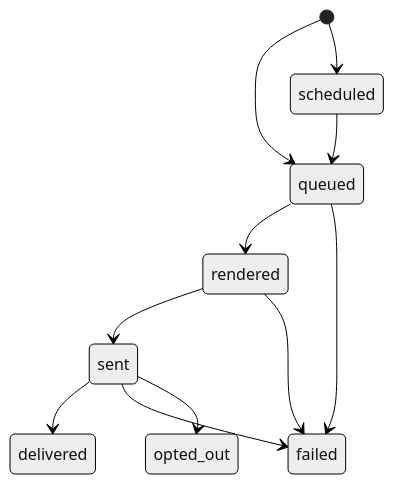
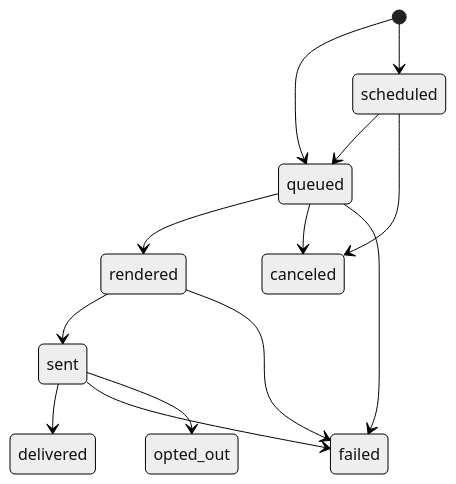
Before and after one commit to senderkit/docs: the diagram in concepts/messages.mdx, drawn with Mermaid (neutral theme). The commit also changed other lines of this file and 2 other files, not shown here.

Commit message:
docs: add webhooks page and canceled message status
- New webhooks.mdx: events, setup, payload envelope, signature
  verification (with Node.js example), retry behaviour
- concepts/messages.mdx: add `canceled` to the state diagram and
  status table (triggered by messages.cancel() or dashboard)
- docs.json: add Webhooks group to navigation

Covers senderkit-app#38 (outgoing webhooks) and
senderkit-app#23 (scheduled/canceled MessageStatus enum).

````diff
--- a/concepts/messages.mdx
+++ b/concepts/messages.mdx
@@ -15,13 +15,15 @@
 ```mermaid
 stateDiagram-v2
     [*] --> queued
     [*] --> scheduled
     scheduled --> queued
+    scheduled --> canceled
     queued --> rendered
+    queued --> canceled
     rendered --> sent
     sent --> delivered
     sent --> failed
     sent --> opted_out
     queued --> failed
     rendered --> failed
 ```
````
